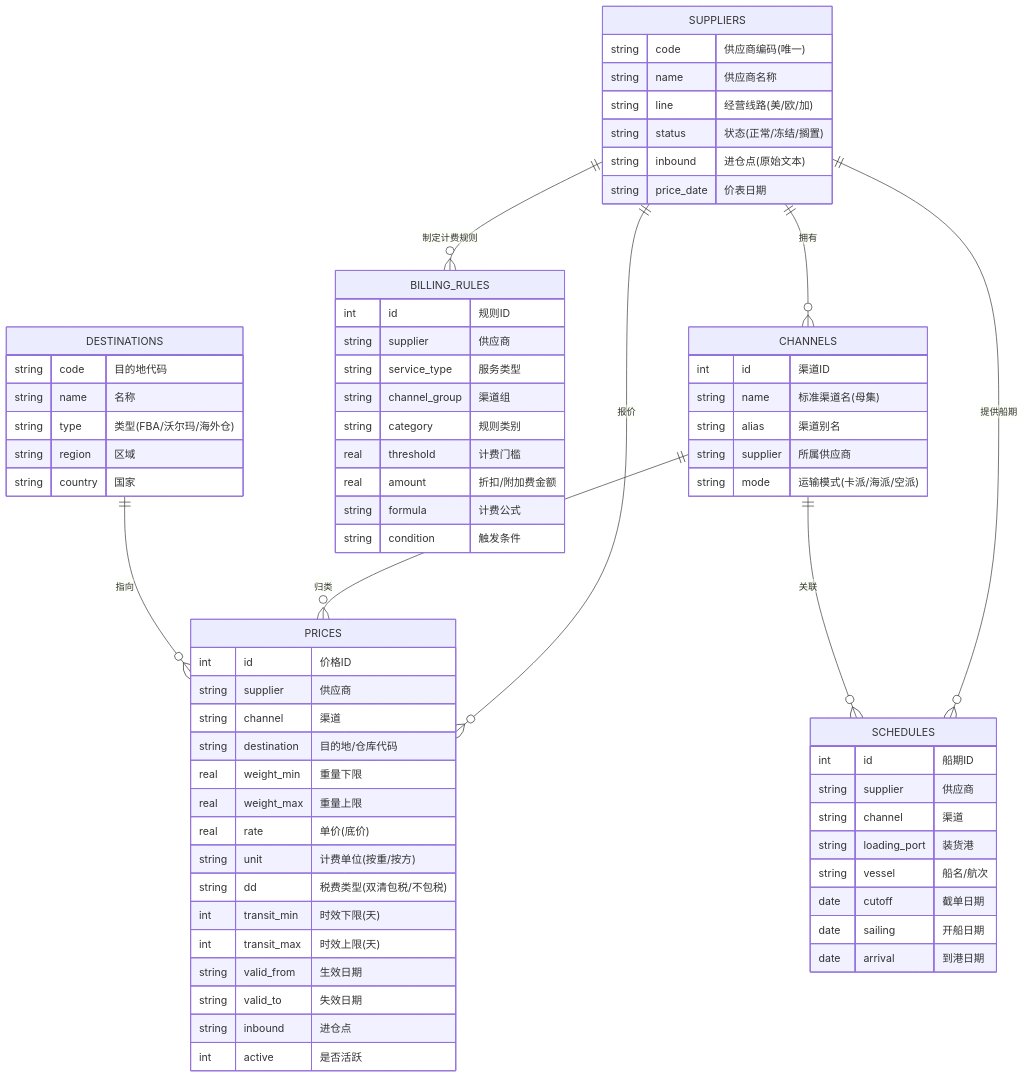
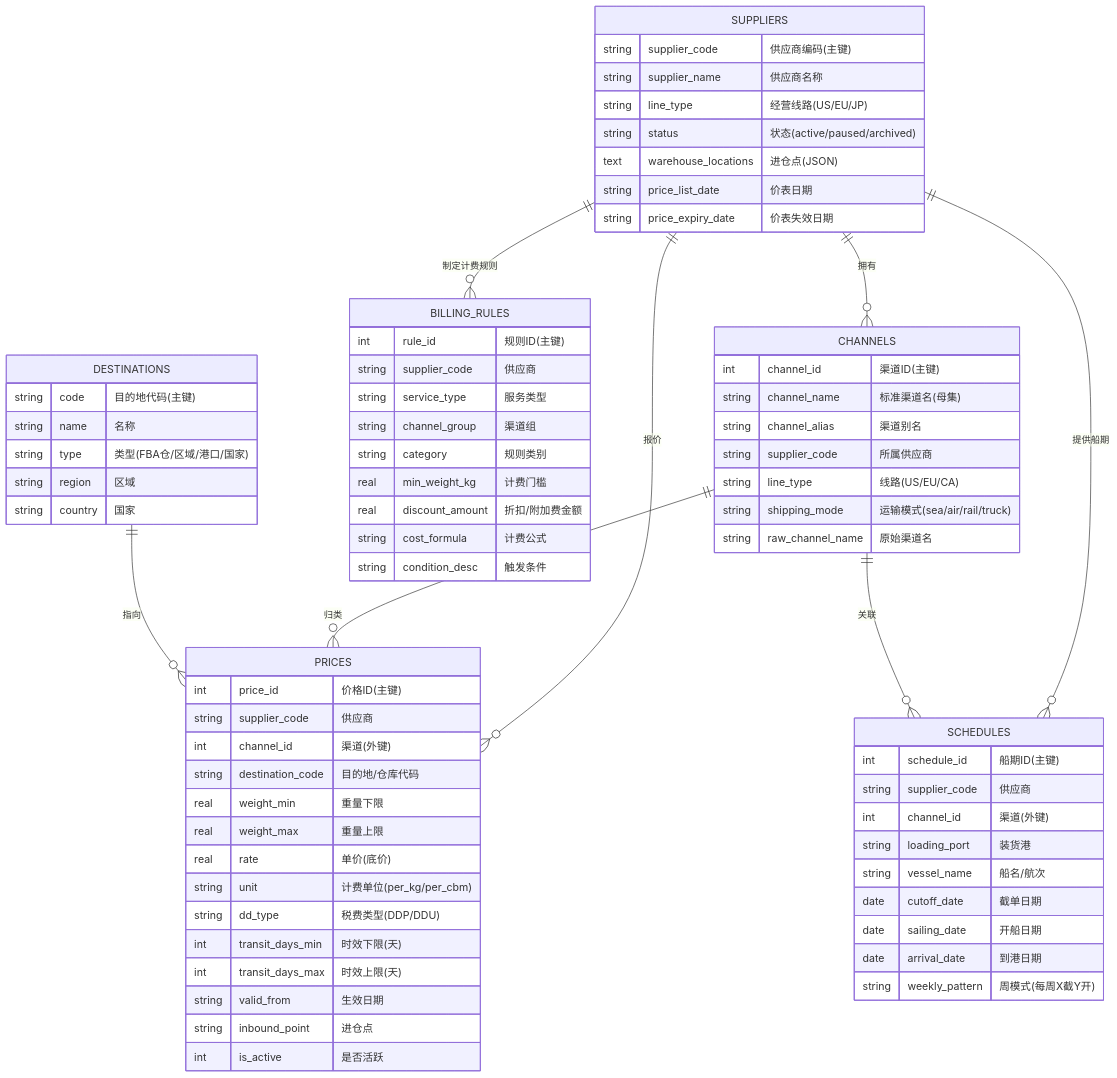
One commit to ppppadd/freight-rfq-demo changed the diagram in ER.md. Above: the diagram before and after it, drawn with Mermaid. The commit also changed other lines of this file and 7 other files, not shown here.

Commit message:
docs: 补齐应聘文档（PRD 11章/ER 6章/MARKET 8章/DEMO_SCRIPT 修复）+ 生成 Word 交付版

````diff
--- a/ER.md
+++ b/ER.md
@@ -7,76 +8,79 @@
 ```mermaid
 erDiagram
     SUPPLIERS ||--o{ CHANNELS : "拥有"
     SUPPLIERS ||--o{ PRICES : "报价"
     SUPPLIERS ||--o{ SCHEDULES : "提供船期"
     SUPPLIERS ||--o{ BILLING_RULES : "制定计费规则"
     CHANNELS ||--o{ PRICES : "归类"
     CHANNELS ||--o{ SCHEDULES : "关联"
     DESTINATIONS ||--o{ PRICES : "指向"
 
     SUPPLIERS {
-        string code "供应商编码(唯一)"
-        string name "供应商名称"
-        string line "经营线路(美/欧/加)"
-        string status "状态(正常/冻结/搁置)"
-        string inbound "进仓点(原始文本)"
-        string price_date "价表日期"
+        string supplier_code "供应商编码(主键)"
+        string supplier_name "供应商名称"
+        string line_type "经营线路(US/EU/JP)"
+        string status "状态(active/paused/archived)"
+        text warehouse_locations "进仓点(JSON)"
+        string price_list_date "价表日期"
+        string price_expiry_date "价表失效日期"
     }
 
     CHANNELS {
-        int id "渠道ID"
-        string name "标准渠道名(母集)"
-        string alias "渠道别名"
-        string supplier "所属供应商"
-        string mode "运输模式(卡派/海派/空派)"
+        int channel_id "渠道ID(主键)"
+        string channel_name "标准渠道名(母集)"
+        string channel_alias "渠道别名"
+        string supplier_code "所属供应商"
+        string line_type "线路(US/EU/CA)"
+        string shipping_mode "运输模式(sea/air/rail/truck)"
+        string raw_channel_name "原始渠道名"
     }
 
     PRICES {
-        int id "价格ID"
-        string supplier "供应商"
-        string channel "渠道"
-        string destination "目的地/仓库代码"
+        int price_id "价格ID(主键)"
+        string supplier_code "供应商"
+        int channel_id "渠道(外键)"
+        string destination_code "目的地/仓库代码"
         real weight_min "重量下限"
         real weight_max "重量上限"
         real rate "单价(底价)"
-        string unit "计费单位(按重/按方)"
-        string dd "税费类型(双清包税/不包税)"
-        int transit_min "时效下限(天)"
-        int transit_max "时效上限(天)"
+        string unit "计费单位(per_kg/per_cbm)"
+        string dd_type "税费类型(DDP/DDU)"
+        int transit_days_min "时效下限(天)"
+        int transit_days_max "时效上限(天)"
         string valid_from "生效日期"
-        string valid_to "失效日期"
-        string inbound "进仓点"
-        int active "是否活跃"
+        string inbound_point "进仓点"
+        int is_active "是否活跃"
     }
 
     SCHEDULES {
-        int id "船期ID"
-        string supplier "供应商"
-        string channel "渠道"
+        int schedule_id "船期ID(主键)"
+        string supplier_code "供应商"
+        int channel_id "渠道(外键)"
         string loading_port "装货港"
-        string vessel "船名/航次"
-        date cutoff "截单日期"
-        date sailing "开船日期"
-        date arrival "到港日期"
+        string vessel_name "船名/航次"
+        date cutoff_date "截单日期"
+        date sailing_date "开船日期"
+        date arrival_date "到港日期"
+        string weekly_pattern "周模式(每周X截Y开)"
     }
 
     BILLING_RULES {
-        int id "规则ID"
-        string supplier "供应商"
+        int rule_id "规则ID(主键)"
+        string supplier_code "供应商"
         string service_type "服务类型"
         string channel_group "渠道组"
         string category "规则类别"
-        real threshold "计费门槛"
-        real amount "折扣/附加费金额"
-        string formula "计费公式"
-        string condition "触发条件"
+        real min_weight_kg "计费门槛"
+        real discount_amount "折扣/附加费金额"
+        string cost_formula "计费公式"
+        string condition_desc "触发条件"
     }
 
     DESTINATIONS {
-        string code "目的地代码"
+        string code "目的地代码(主键)"
         string name "名称"
-        string type "类型(FBA/沃尔玛/海外仓)"
+        string type "类型(FBA仓/区域/港口/国家)"
         string region "区域"
         string country "国家"
     }
 ```
````
